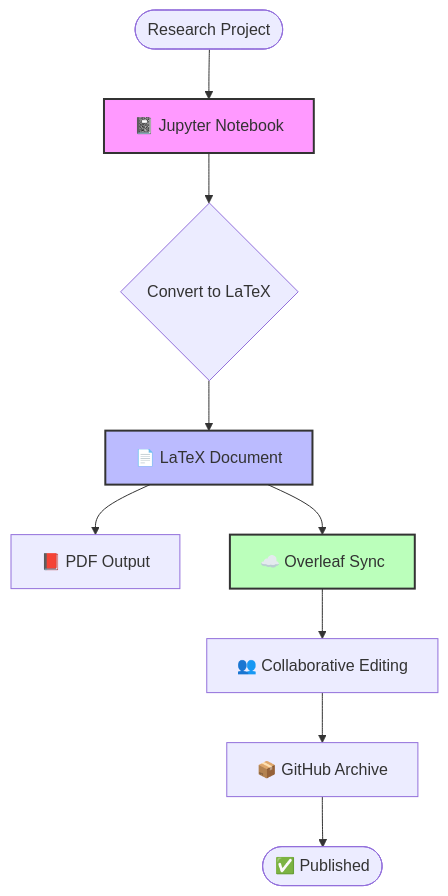
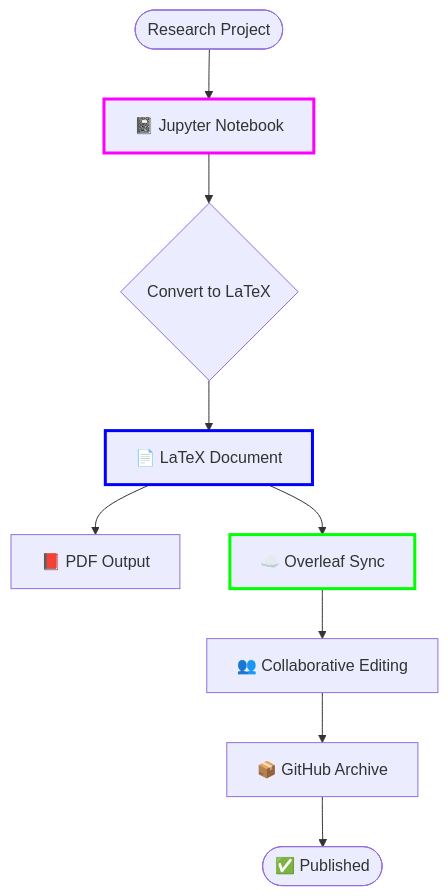
One commit to Ziforge/jupyter-overleaf-workflow changed the first of 2 diagrams in README.md. Above: the diagram before and after it, drawn with Mermaid. The commit also changed other lines of this file and 1 other file, not shown here.

Commit message:
Update Mermaid diagrams to use colored borders only
- Removed all fill colors from diagram nodes
- Using only colored borders (stroke) for styling
- Cleaner, more professional appearance
- Applied to all diagrams in README.md and docs/DIAGRAMS.md

````diff
--- a/README.md
+++ b/README.md
@@ -22,15 +22,15 @@
 ```mermaid
 flowchart TB
     Start([Research Project]) --> Jupyter[📓 Jupyter Notebook]
     Jupyter --> Convert{Convert to LaTeX}
     Convert --> LaTeX[📄 LaTeX Document]
     LaTeX --> PDF[📕 PDF Output]
     LaTeX --> Overleaf[☁️ Overleaf Sync]
     Overleaf --> Collab[👥 Collaborative Editing]
     Collab --> GitHub[📦 GitHub Archive]
     GitHub --> Done([✅ Published])
 
-    style Jupyter fill:#f9f,stroke:#333,stroke-width:2px
-    style LaTeX fill:#bbf,stroke:#333,stroke-width:2px
-    style Overleaf fill:#bfb,stroke:#333,stroke-width:2px
+    style Jupyter stroke:#f0f,stroke-width:3px
+    style LaTeX stroke:#00f,stroke-width:3px
+    style Overleaf stroke:#0f0,stroke-width:3px
 ```
````
